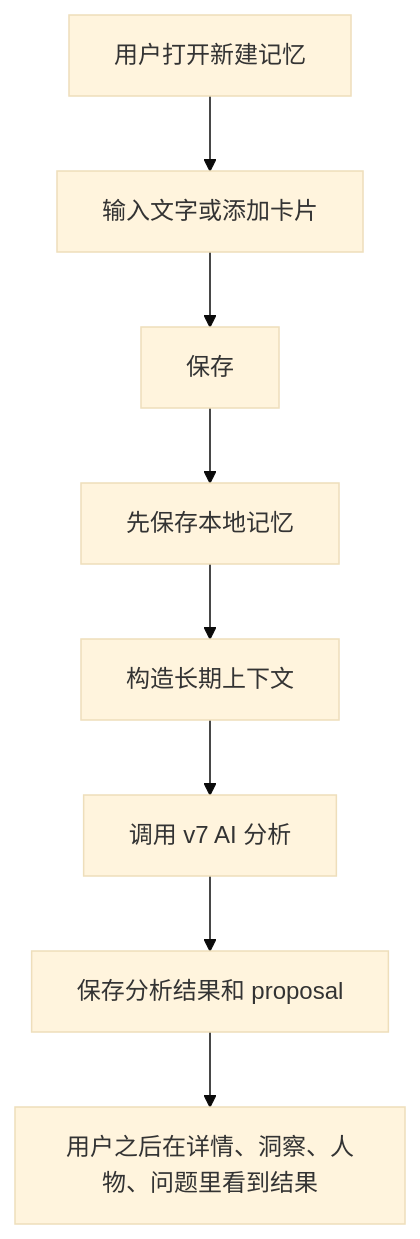
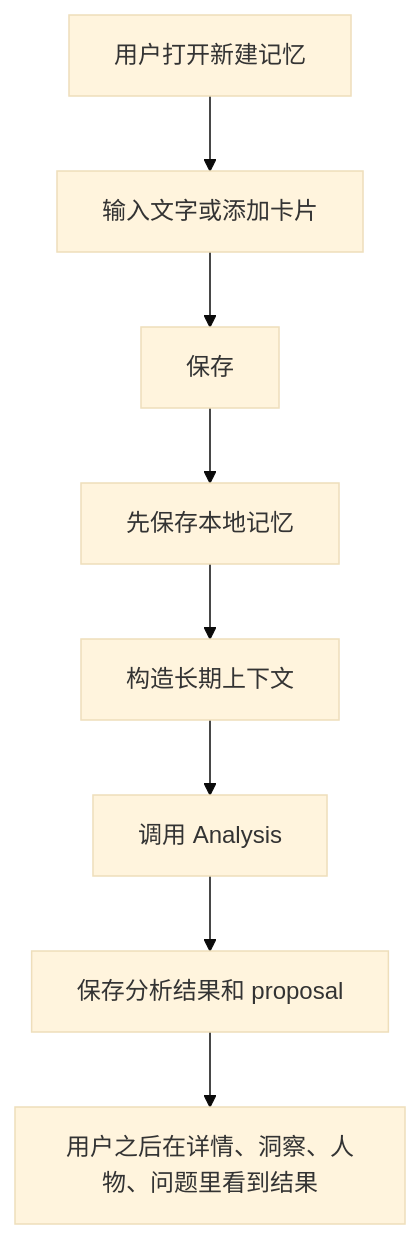
The first of 7 diagrams in docs/mory_system_handbook_zh/03_user_journeys.md (daaihang/sprout), drawn with Mermaid (base theme) before and after one commit. The commit also changed other lines of this file and 90 other files, not shown here.

````diff
--- a/docs/mory_system_handbook_zh/03_user_journeys.md
+++ b/docs/mory_system_handbook_zh/03_user_journeys.md
@@ -7,10 +7,10 @@
 ```mermaid
 flowchart TD
     A["用户打开新建记忆"] --> B["输入文字或添加卡片"]
     B --> C["保存"]
     C --> D["先保存本地记忆"]
     D --> E["构造长期上下文"]
-    E --> F["调用 v7 AI 分析"]
+    E --> F["调用 Analysis"]
     F --> G["保存分析结果和 proposal"]
     G --> H["用户之后在详情、洞察、人物、问题里看到结果"]
 ```
````
